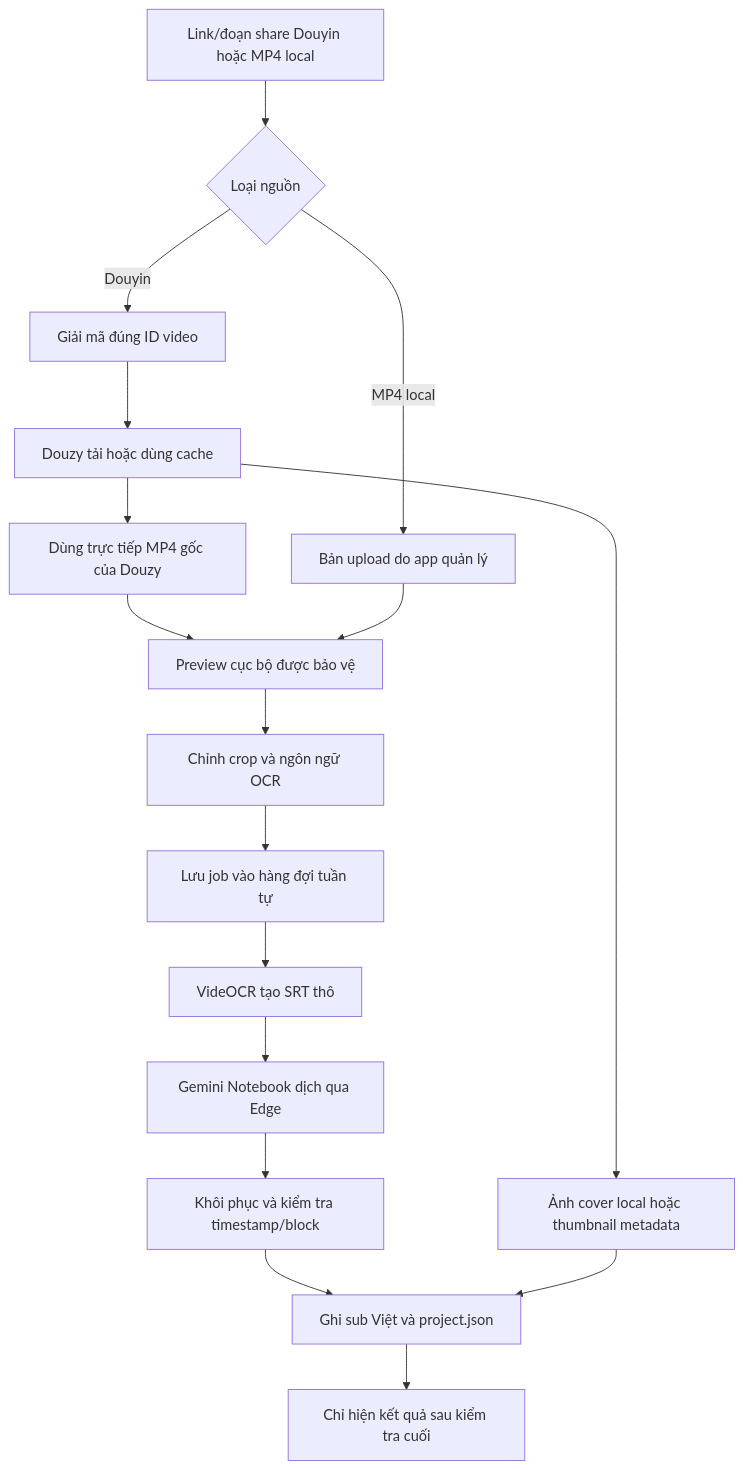
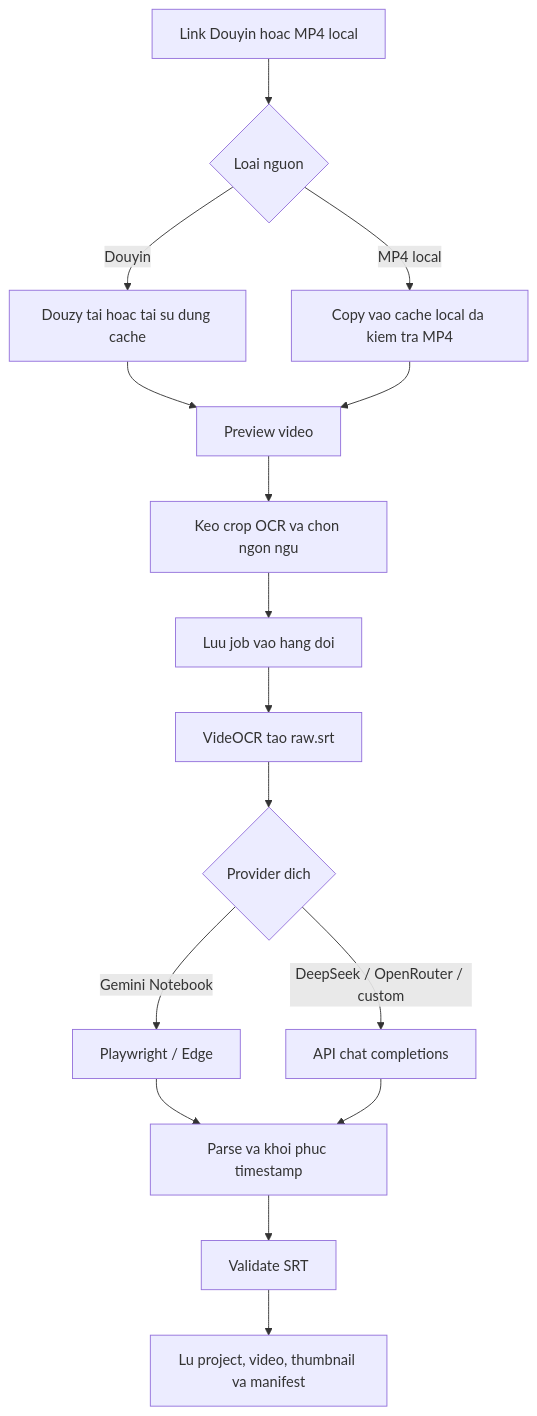
The diagram in README.md (qvinh8726/VietSub-Studio), drawn with Mermaid before and after one commit. The commit also changed other lines of this file, not shown here.

````diff
--- a/README.md
+++ b/README.md
@@ -901,19 +148,18 @@
 ```mermaid
 flowchart TD
-    A[Link/đoạn share Douyin hoặc MP4 local] --> B{Loại nguồn}
-    B -->|Douyin| C[Giải mã đúng ID video]
-    C --> D[Douzy tải hoặc dùng cache]
-    D --> E[Dùng trực tiếp MP4 gốc của Douzy]
-    D --> T[Ảnh cover local hoặc thumbnail metadata]
-    B -->|MP4 local| F[Bản upload do app quản lý]
-    E --> G[Preview cục bộ được bảo vệ]
-    F --> G
-    G --> H[Chỉnh crop và ngôn ngữ OCR]
-    H --> I[Lưu job vào hàng đợi tuần tự]
-    I --> J[VideOCR tạo SRT thô]
-    J --> K[Gemini Notebook dịch qua Edge]
-    K --> L[Khôi phục và kiểm tra timestamp/block]
-    L --> M[Ghi sub Việt và project.json]
-    T --> M
-    M --> N[Chỉ hiện kết quả sau kiểm tra cuối]
+    A[Link Douyin hoac MP4 local] --> B{Loai nguon}
+    B -->|Douyin| C[Douzy tai hoac tai su dung cache]
+    B -->|MP4 local| D[Copy vao cache local da kiem tra MP4]
+    C --> E[Preview video]
+    D --> E
+    E --> F[Keo crop OCR va chon ngon ngu]
+    F --> G[Luu job vao hang doi]
+    G --> H[VideOCR tao raw.srt]
+    H --> I{Provider dich}
+    I -->|Gemini Notebook| J[Playwright / Edge]
+    I -->|DeepSeek / OpenRouter / custom| K[API chat completions]
+    J --> L[Parse va khoi phuc timestamp]
+    K --> L
+    L --> M[Validate SRT]
+    M --> N[Lu project, video, thumbnail va manifest]
 ```
````
